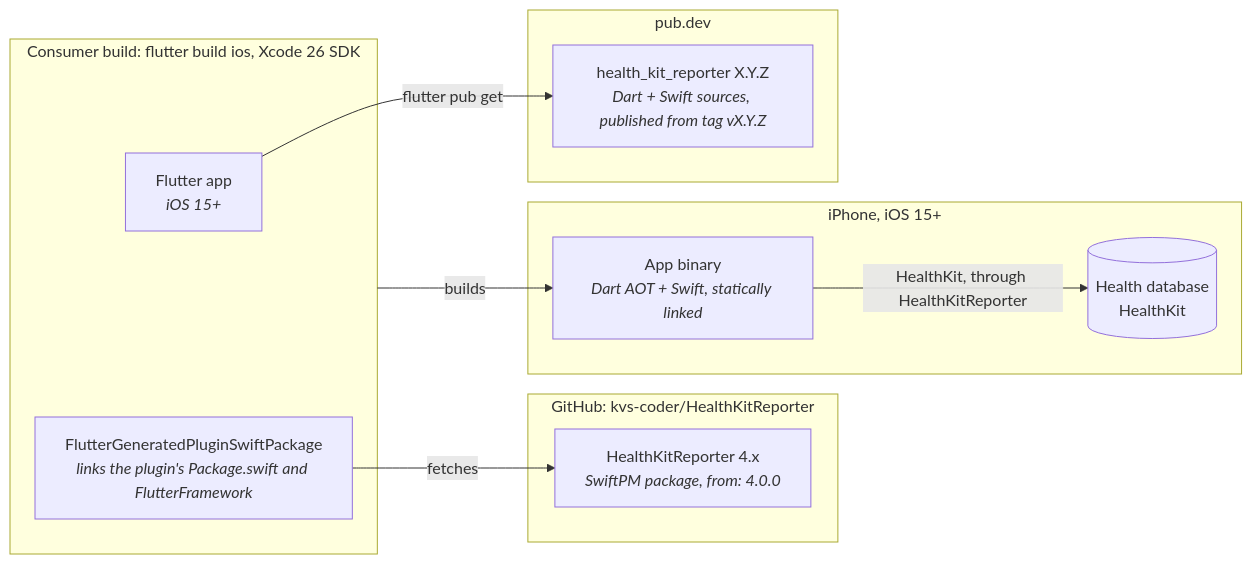
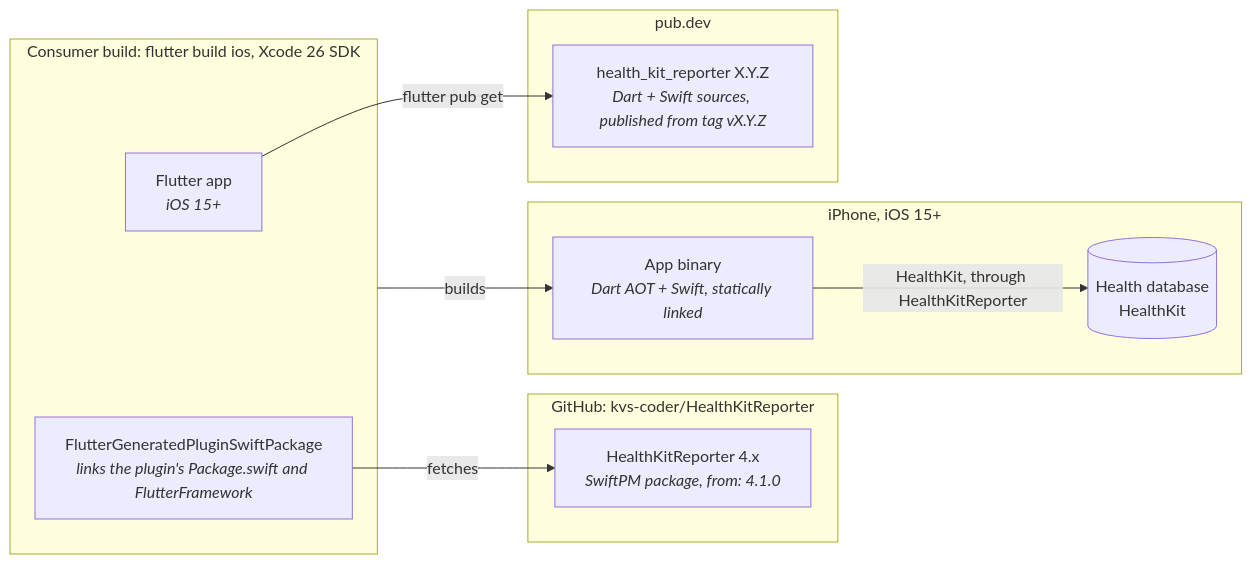
The diagram in doc/arc42/07-deployment-view.md (kvs-coder/health_kit_reporter), drawn with Mermaid before and after one commit. The commit also changed 11 other files, not shown here.

````diff
--- a/doc/arc42/07-deployment-view.md
+++ b/doc/arc42/07-deployment-view.md
@@ -5,21 +5,21 @@
 ```mermaid
 flowchart LR
     subgraph pub["pub.dev"]
         pkg["health_kit_reporter X.Y.Z<br/><i>Dart + Swift sources, published from tag vX.Y.Z</i>"]
     end
     subgraph gh["GitHub: kvs-coder/HealthKitReporter"]
-        lib["HealthKitReporter 4.x<br/><i>SwiftPM package, from: 4.0.0</i>"]
+        lib["HealthKitReporter 4.x<br/><i>SwiftPM package, from: 4.1.0</i>"]
     end
     subgraph build["Consumer build: flutter build ios, Xcode 26 SDK"]
         app["Flutter app<br/><i>iOS 15+</i>"]
         gen["FlutterGeneratedPluginSwiftPackage<br/><i>links the plugin's Package.swift and FlutterFramework</i>"]
     end
     subgraph device["iPhone, iOS 15+"]
         bin["App binary<br/><i>Dart AOT + Swift, statically linked</i>"]
         store[("Health database<br/>HealthKit")]
     end
     app -- "flutter pub get" --> pkg
     gen -- fetches --> lib
     build -- builds --> bin
     bin -- "HealthKit, through HealthKitReporter" --> store
 ```
````
